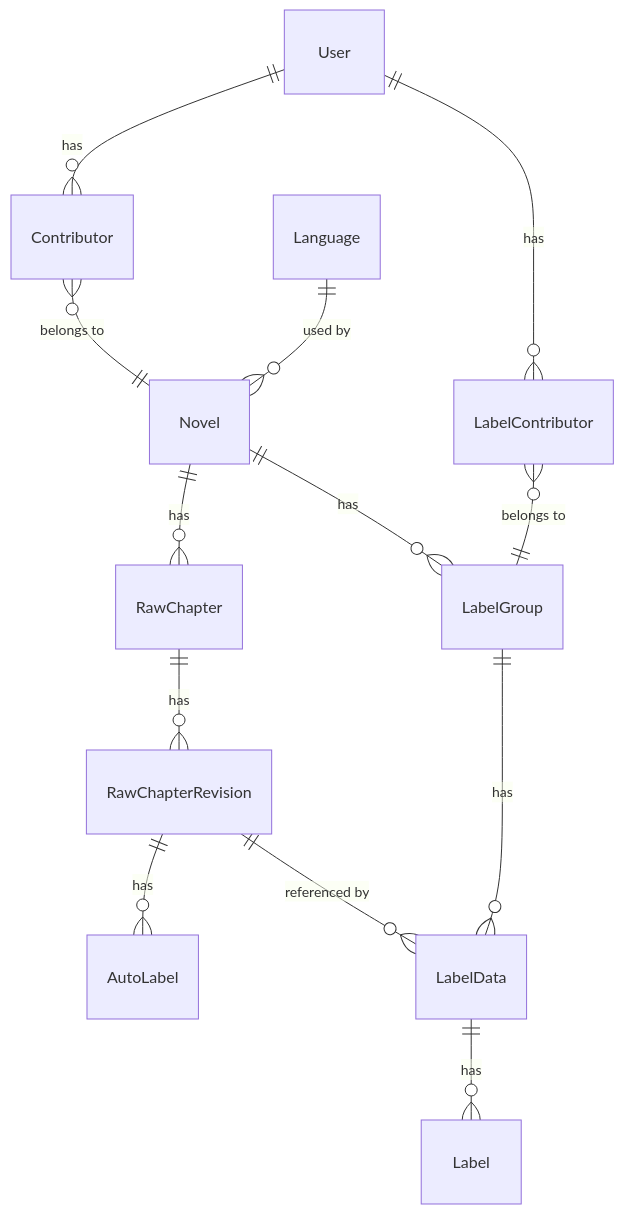
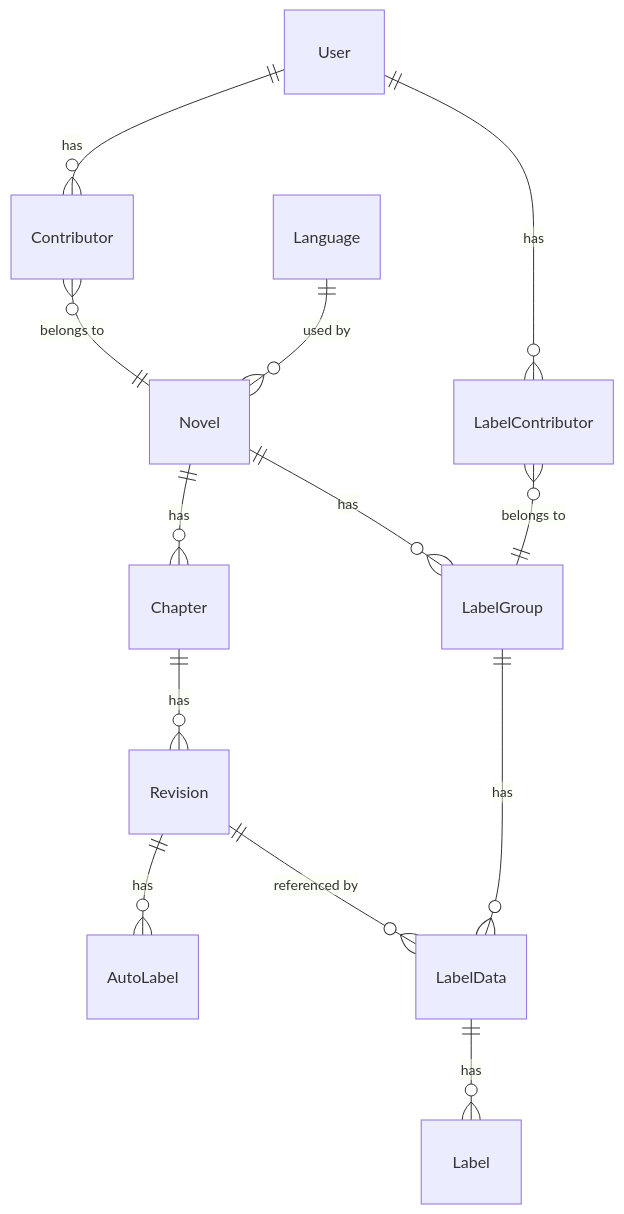
The diagram in docs/database-schema.md (lzguan/noveltl), drawn with Mermaid before and after one commit. The commit also changed other lines of this file and 27 other files, not shown here.

First line of the commit message:
rename frontend RawChapter/RawChapterRevision to Chapter/Revision, doc audit fixes, add write-documentation skill

````diff
--- a/docs/database-schema.md
+++ b/docs/database-schema.md
@@ -33,15 +33,15 @@
 ```mermaid
 erDiagram
     User ||--o{ Contributor : "has"
     User ||--o{ LabelContributor : "has"
     Contributor }o--|| Novel : "belongs to"
     LabelContributor }o--|| LabelGroup : "belongs to"
-    Novel ||--o{ RawChapter : "has"
+    Novel ||--o{ Chapter : "has"
     Novel ||--o{ LabelGroup : "has"
-    RawChapter ||--o{ RawChapterRevision : "has"
-    RawChapterRevision ||--o{ AutoLabel : "has"
-    RawChapterRevision ||--o{ LabelData : "referenced by"
+    Chapter ||--o{ Revision : "has"
+    Revision ||--o{ AutoLabel : "has"
+    Revision ||--o{ LabelData : "referenced by"
     LabelGroup ||--o{ LabelData : "has"
     LabelData ||--o{ Label : "has"
     Language ||--o{ Novel : "used by"
 ```
````
